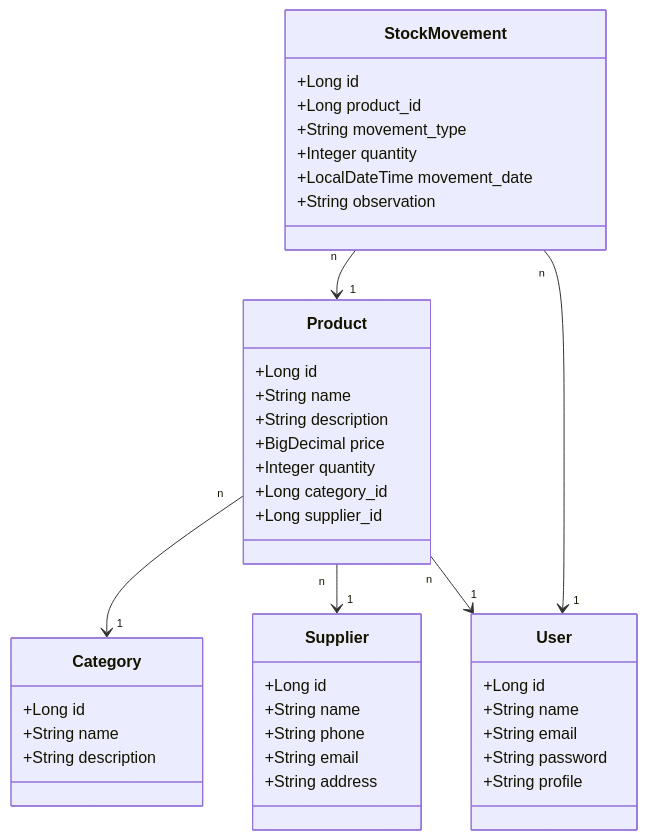
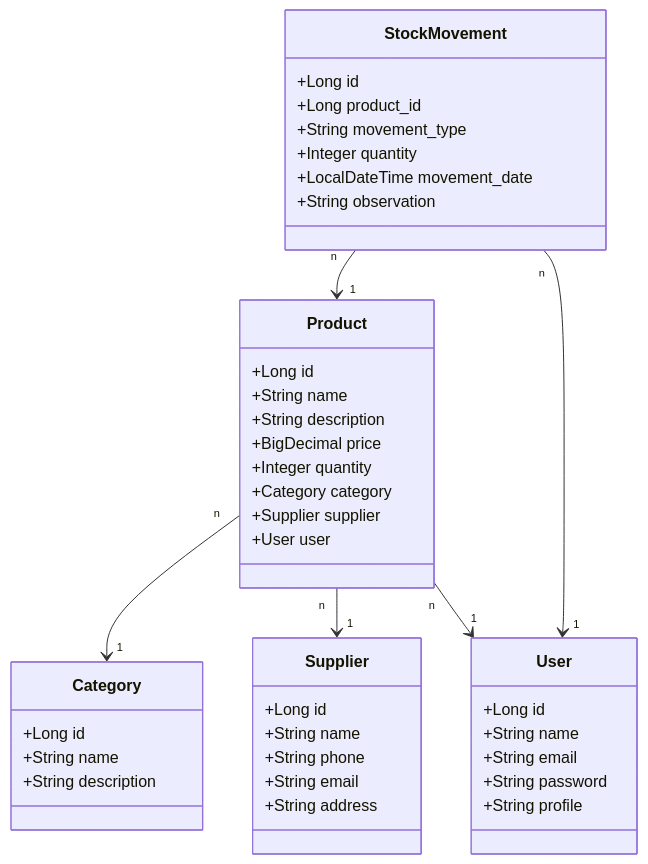
The diagram in README.md (jhoony0/API-controle-de-estoque), drawn with Mermaid before and after one commit.

````diff
--- a/README.md
+++ b/README.md
@@ -4,49 +4,50 @@
 ``` mermaid
 classDiagram
     class Product {
         +Long id
         +String name
         +String description
         +BigDecimal price
         +Integer quantity
-        +Long category_id
-        +Long supplier_id
+        +Category category
+        +Supplier supplier
+        +User user
     }
 
     class Category {
         +Long id
         +String name
         +String description
     }
 
     class Supplier {
         +Long id
         +String name
         +String phone
         +String email
         +String address
     }
 
     class StockMovement {
         +Long id
         +Long product_id
         +String movement_type
         +Integer quantity
         +LocalDateTime movement_date
         +String observation
     }
 
     class User {
         +Long id
         +String name
         +String email
         +String password
         +String profile
     }
 
     Product "n" --> "1" Category 
     Product "n" --> "1" Supplier
     Product "n" --> "1" User
     StockMovement "n" --> "1" Product
     StockMovement "n" --> "1" User
 ```
````
